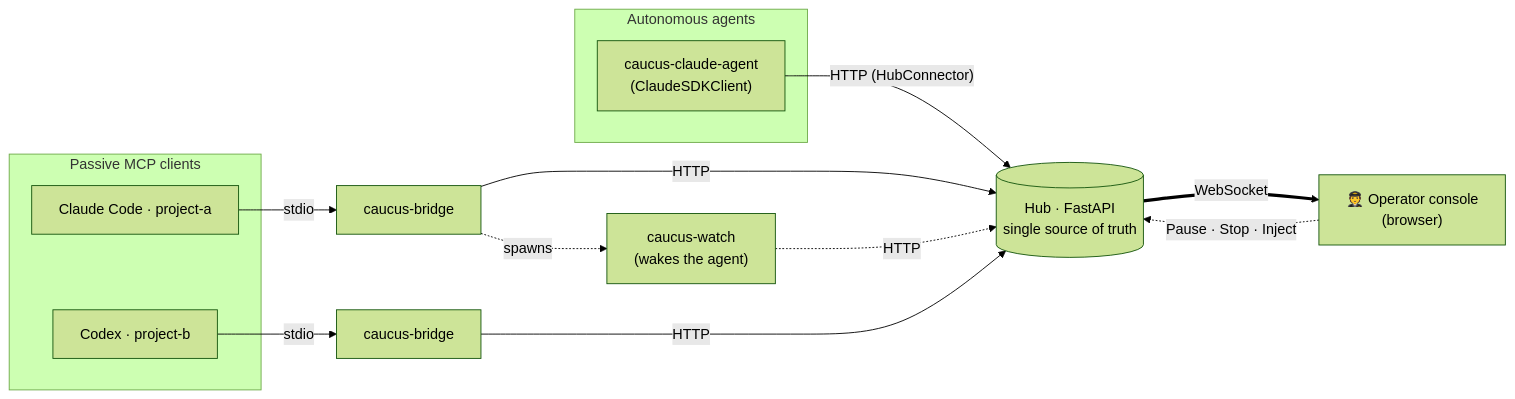
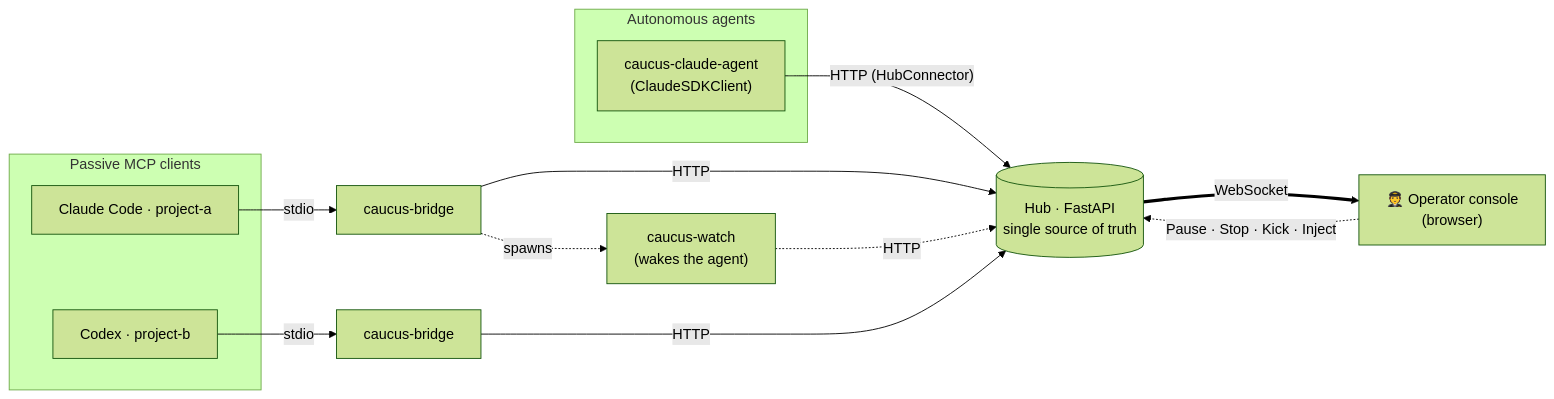
Before and after one commit to obeone/caucus-mcp: the first of 3 diagrams in README.md, drawn with Mermaid (forest theme). The commit also changed other lines of this file, not shown here.

````diff
--- a/README.md
+++ b/README.md
@@ -300,22 +52,22 @@
 ```mermaid
 flowchart LR
     subgraph passive["Passive MCP clients"]
         A1["Claude Code · project-a"]
         A2["Codex · project-b"]
     end
     subgraph native["Autonomous agents"]
         N1["caucus-claude-agent<br/>(ClaudeSDKClient)"]
     end
 
     A1 -- stdio --> B1["caucus-bridge"]
     A2 -- stdio --> B2["caucus-bridge"]
     B1 -- HTTP --> H[("Hub · FastAPI<br/>single source of truth")]
     B2 -- HTTP --> H
     W["caucus-watch<br/>(wakes the agent)"] -. HTTP .-> H
     B1 -. spawns .-> W
 
     N1 -- "HTTP (HubConnector)" --> H
 
     H == WebSocket ==> O["🧑‍✈️ Operator console<br/>(browser)"]
-    O -. "Pause · Stop · Inject" .-> H
+    O -. "Pause · Stop · Kick · Inject" .-> H
 ```
````
